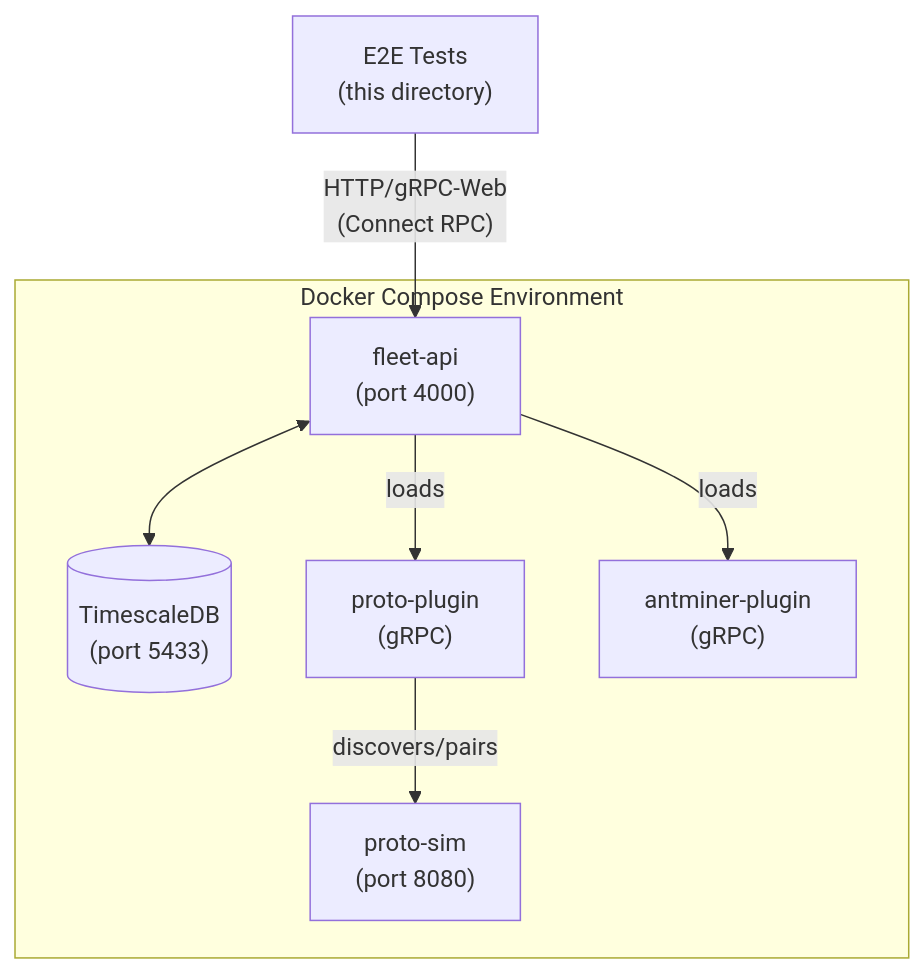
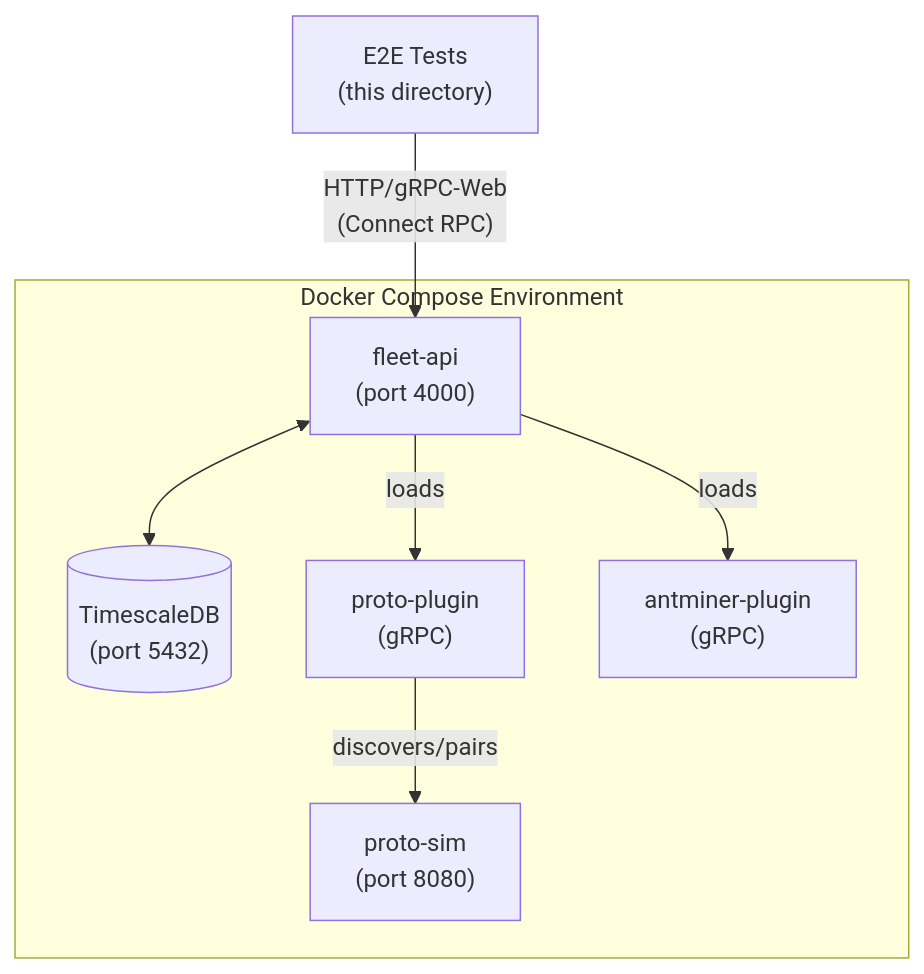
The diagram in server/e2e/README.md (block/proto-fleet), drawn with Mermaid before and after one commit. The commit also changed other lines of this file and 229 other files, not shown here.

````diff
--- a/server/e2e/README.md
+++ b/server/e2e/README.md
@@ -28,18 +28,18 @@
 ```mermaid
 flowchart TB
     subgraph docker["Docker Compose Environment"]
         fleet["fleet-api<br/>(port 4000)"]
-        db[("TimescaleDB<br/>(port 5433)")]
+        db[("TimescaleDB<br/>(port 5432)")]
         proto-plugin["proto-plugin<br/>(gRPC)"]
         antminer-plugin["antminer-plugin<br/>(gRPC)"]
         proto-sim["proto-sim<br/>(port 8080)"]
 
         fleet <--> db
         fleet -- loads --> proto-plugin
         fleet -- loads --> antminer-plugin
         proto-plugin -- discovers/pairs --> proto-sim
     end
 
     tests["E2E Tests<br/>(this directory)"]
     tests -- "HTTP/gRPC-Web<br/>(Connect RPC)" --> fleet
 ```
````
